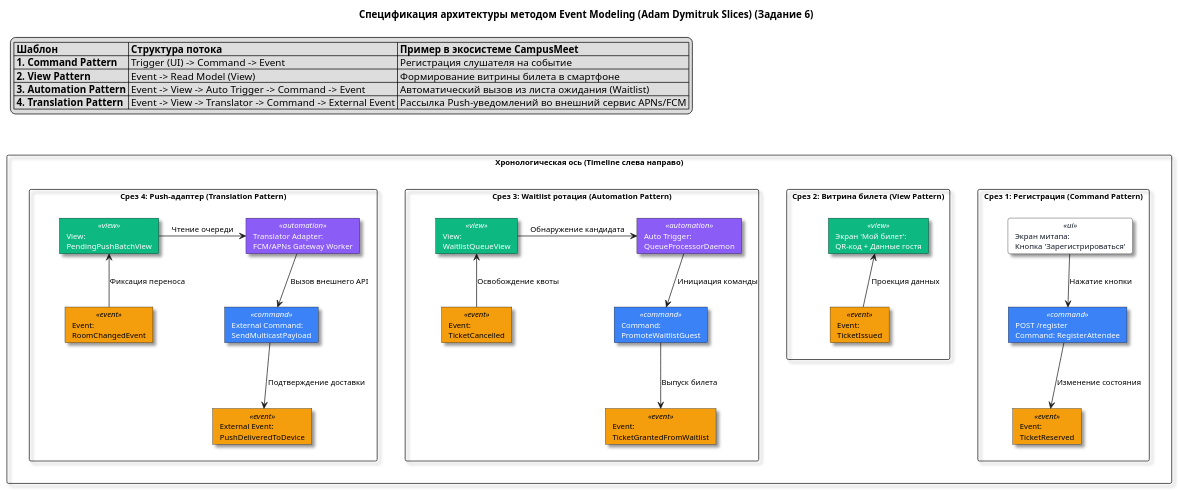
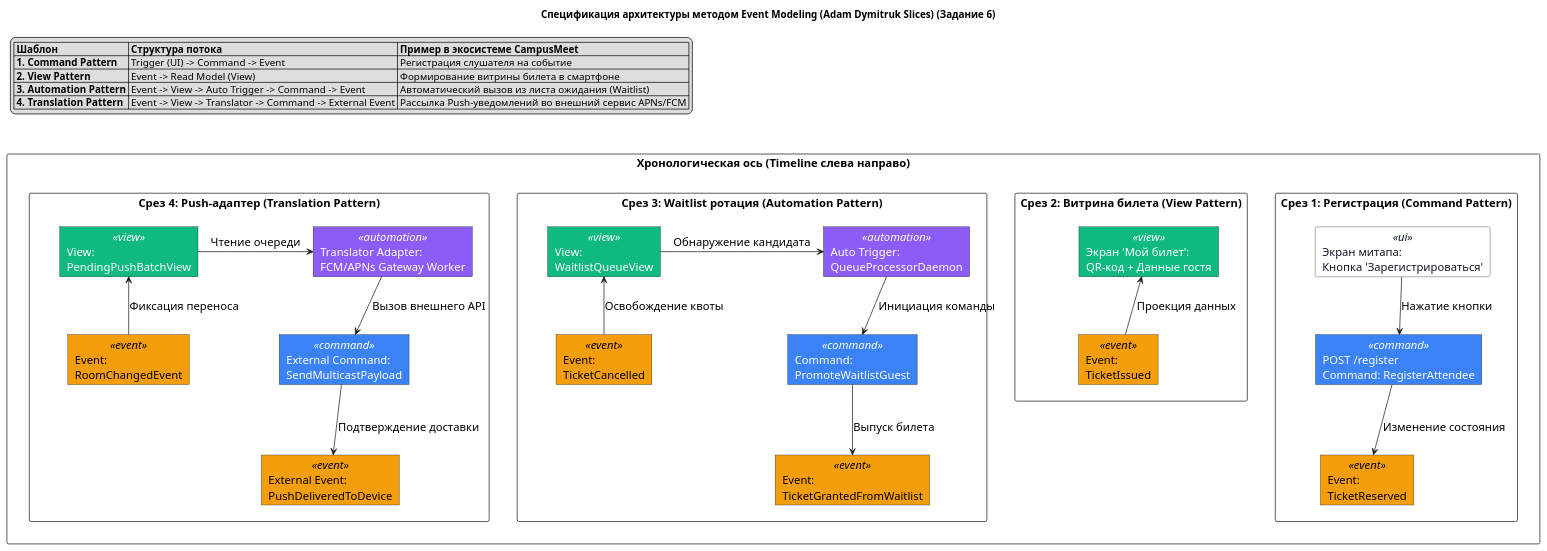
One commit to fpmi-hci-2026/CampusMeet changed the diagram in docs/diagrams/puml/event_modeling/event_modeling_slices.puml. Above: the diagram before and after it, drawn with PlantUML. The commit also changed 191 other files, not shown here.

```diff
--- a/docs/diagrams/puml/event_modeling/event_modeling_slices.puml
+++ b/docs/diagrams/puml/event_modeling/event_modeling_slices.puml
@@ -1,104 +1,103 @@
 @startuml
-skinparam handwritten false
-skinparam shadowing true
+skinparam shadowing false
 skinparam defaultFontName "Helvetica, Arial, sans-serif"
-skinparam defaultFontSize 11
+skinparam defaultFontSize 16
 
 ' Цвета Event Modeling (Adam Dymitruk)
 <style>
 .ui {
     BackgroundColor #FFFFFF
     BorderColor #374151
     FontColor #111827
     RoundCorner 6
 }
 .command {
     BackgroundColor #3B82F6
     BorderColor #1D4ED8
     FontColor #FFFFFF
     RoundCorner 0
 }
 .event {
     BackgroundColor #F59E0B
     BorderColor #D97706
     FontColor #000000
     RoundCorner 0
 }
 .view {
     BackgroundColor #10B981
     BorderColor #047857
     FontColor #FFFFFF
     RoundCorner 0
 }
 .automation {
     BackgroundColor #8B5CF6
     BorderColor #6D28D9
     FontColor #FFFFFF
     RoundCorner 0
 }
 </style>
 
 title Спецификация архитектуры методом Event Modeling (Adam Dymitruk Slices) (Задание 6)
 
 legend top left
 |= Шаблон |= Структура потока |= Пример в экосистеме CampusMeet |
 | **1. Command Pattern** | Trigger (UI) -> Command -> Event | Регистрация слушателя на событие |
 | **2. View Pattern** | Event -> Read Model (View) | Формирование витрины билета в смартфоне |
 | **3. Automation Pattern** | Event -> View -> Auto Trigger -> Command -> Event | Автоматический вызов из листа ожидания (Waitlist) |
 | **4. Translation Pattern** | Event -> View -> Translator -> Command -> External Event | Рассылка Push-уведомлений во внешний сервис APNs/FCM |
 endlegend
 
 rectangle "Хронологическая ось (Timeline слева направо)" {
 
     ' --- СРЕЗ 1: COMMAND PATTERN ---
     rectangle "Срез 1: Регистрация (Command Pattern)" as S1 {
         card "Экран митапа:\nКнопка 'Зарегистрироваться'" as UI1 <<ui>>
         card "POST /register\nCommand: RegisterAttendee" as CMD1 <<command>>
         card "Event:\nTicketReserved" as EVT1 <<event>>
 
         UI1 -down-> CMD1 : Нажатие кнопки
         CMD1 -down-> EVT1 : Изменение состояния
     }
 
     ' --- СРЕЗ 2: VIEW PATTERN ---
     rectangle "Срез 2: Витрина билета (View Pattern)" as S2 {
         card "Event:\nTicketIssued" as EVT2 <<event>>
         card "Экран 'Мой билет':\nQR-код + Данные гостя" as VIEW1 <<view>>
 
         EVT2 -up-> VIEW1 : Проекция данных
     }
 
     ' --- СРЕЗ 3: AUTOMATION PATTERN ---
     rectangle "Срез 3: Waitlist ротация (Automation Pattern)" as S3 {
         card "Event:\nTicketCancelled" as EVT3 <<event>>
         card "View:\nWaitlistQueueView" as VIEW2 <<view>>
         card "Auto Trigger:\nQueueProcessorDaemon" as AUTO1 <<automation>>
         card "Command:\nPromoteWaitlistGuest" as CMD2 <<command>>
         card "Event:\nTicketGrantedFromWaitlist" as EVT4 <<event>>
 
         EVT3 -up-> VIEW2 : Освобождение квоты
         VIEW2 -right-> AUTO1 : Обнаружение кандидата
         AUTO1 -down-> CMD2 : Инициация команды
         CMD2 -down-> EVT4 : Выпуск билета
     }
 
     ' --- СРЕЗ 4: TRANSLATION PATTERN ---
     rectangle "Срез 4: Push-адаптер (Translation Pattern)" as S4 {
         card "Event:\nRoomChangedEvent" as EVT5 <<event>>
         card "View:\nPendingPushBatchView" as VIEW3 <<view>>
         card "Translator Adapter:\nFCM/APNs Gateway Worker" as TRANS1 <<automation>>
         card "External Command:\nSendMulticastPayload" as CMD3 <<command>>
         card "External Event:\nPushDeliveredToDevice" as EVT6 <<event>>
 
         EVT5 -up-> VIEW3 : Фиксация переноса
         VIEW3 -right-> TRANS1 : Чтение очереди
         TRANS1 -down-> CMD3 : Вызов внешнего API
         CMD3 -down-> EVT6 : Подтверждение доставки
     }
 }
 
 S1 -[hidden]right-> S2
 S2 -[hidden]right-> S3
 S3 -[hidden]right-> S4
 
 @enduml
```
